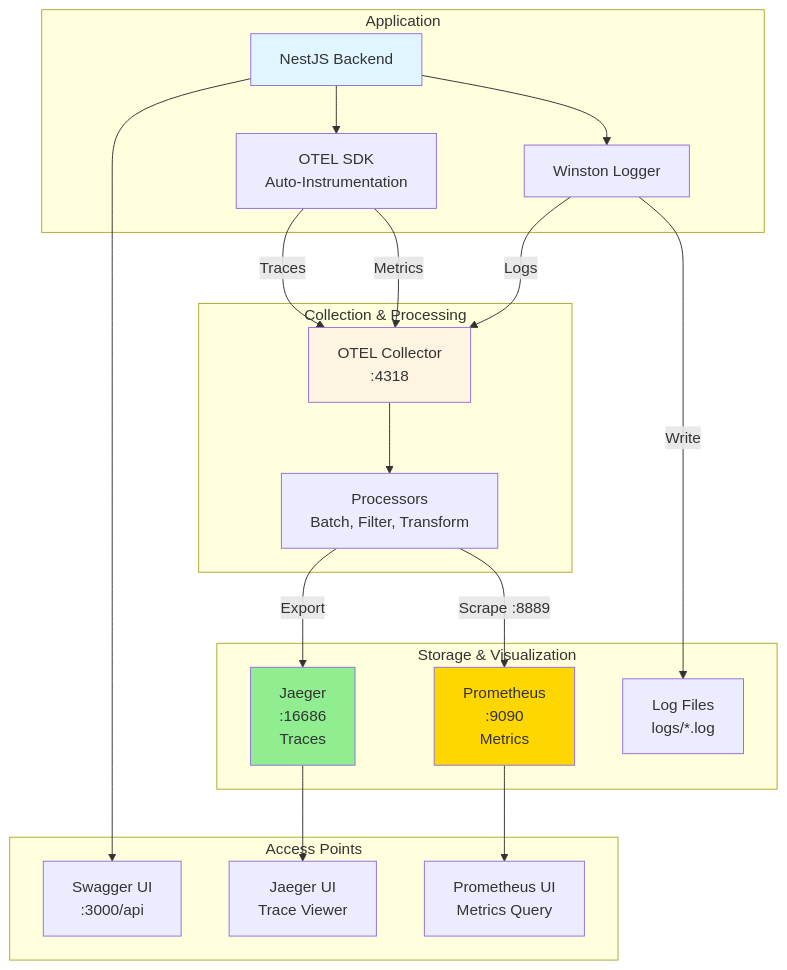
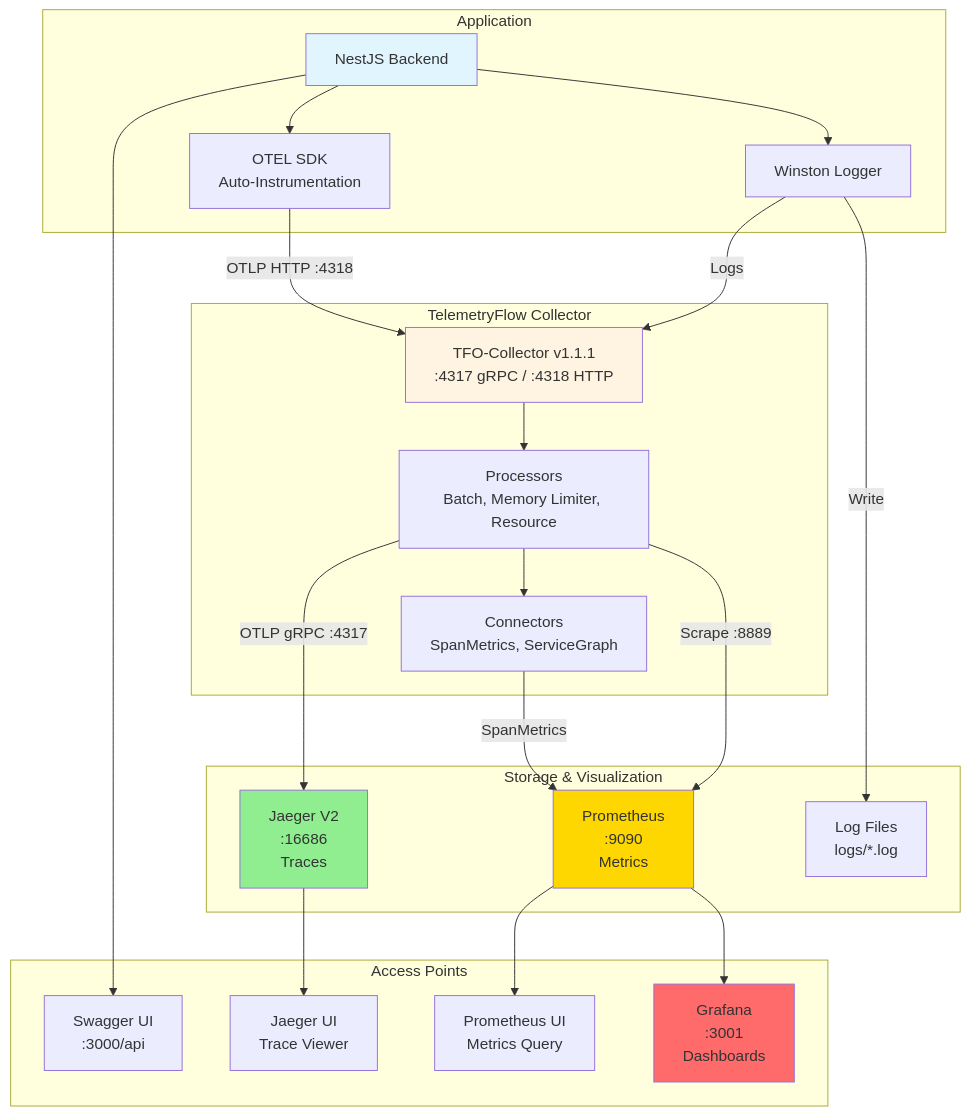
The diagram in docs/OBSERVABILITY.md (telemetryflow/telemetryflow-core), drawn with Mermaid before and after one commit. The commit also changed other lines of this file and 10 other files, not shown here.

````diff
--- a/docs/OBSERVABILITY.md
+++ b/docs/OBSERVABILITY.md
@@ -7,46 +7,51 @@
 ```mermaid
 graph TB
     subgraph "Application"
         App[NestJS Backend]
         OTEL_SDK[OTEL SDK<br/>Auto-Instrumentation]
         Winston[Winston Logger]
     end
 
-    subgraph "Collection & Processing"
-        Collector[OTEL Collector<br/>:4318]
-        Processor[Processors<br/>Batch, Filter, Transform]
+    subgraph "TelemetryFlow Collector"
+        Collector[TFO-Collector v1.1.1<br/>:4317 gRPC / :4318 HTTP]
+        Processor[Processors<br/>Batch, Memory Limiter, Resource]
+        Connectors[Connectors<br/>SpanMetrics, ServiceGraph]
     end
 
     subgraph "Storage & Visualization"
-        Jaeger[Jaeger<br/>:16686<br/>Traces]
+        Jaeger[Jaeger V2<br/>:16686<br/>Traces]
         Prometheus[Prometheus<br/>:9090<br/>Metrics]
         Files[Log Files<br/>logs/*.log]
     end
 
     subgraph "Access Points"
         Swagger[Swagger UI<br/>:3000/api]
         JaegerUI[Jaeger UI<br/>Trace Viewer]
         PromUI[Prometheus UI<br/>Metrics Query]
+        Grafana[Grafana<br/>:3001<br/>Dashboards]
     end
 
     App --> OTEL_SDK
     App --> Winston
 
-    OTEL_SDK -->|Traces| Collector
-    OTEL_SDK -->|Metrics| Collector
+    OTEL_SDK -->|OTLP HTTP :4318| Collector
     Winston -->|Logs| Collector
     Winston -->|Write| Files
 
     Collector --> Processor
-    Processor -->|Export| Jaeger
+    Processor --> Connectors
+    Connectors -->|SpanMetrics| Prometheus
+    Processor -->|OTLP gRPC :4317| Jaeger
     Processor -->|Scrape :8889| Prometheus
 
     Jaeger --> JaegerUI
     Prometheus --> PromUI
+    Prometheus --> Grafana
     App --> Swagger
 
     style App fill:#e1f5ff
     style Collector fill:#fff4e1
     style Jaeger fill:#90EE90
     style Prometheus fill:#FFD700
+    style Grafana fill:#FF6B6B
 ```
````
